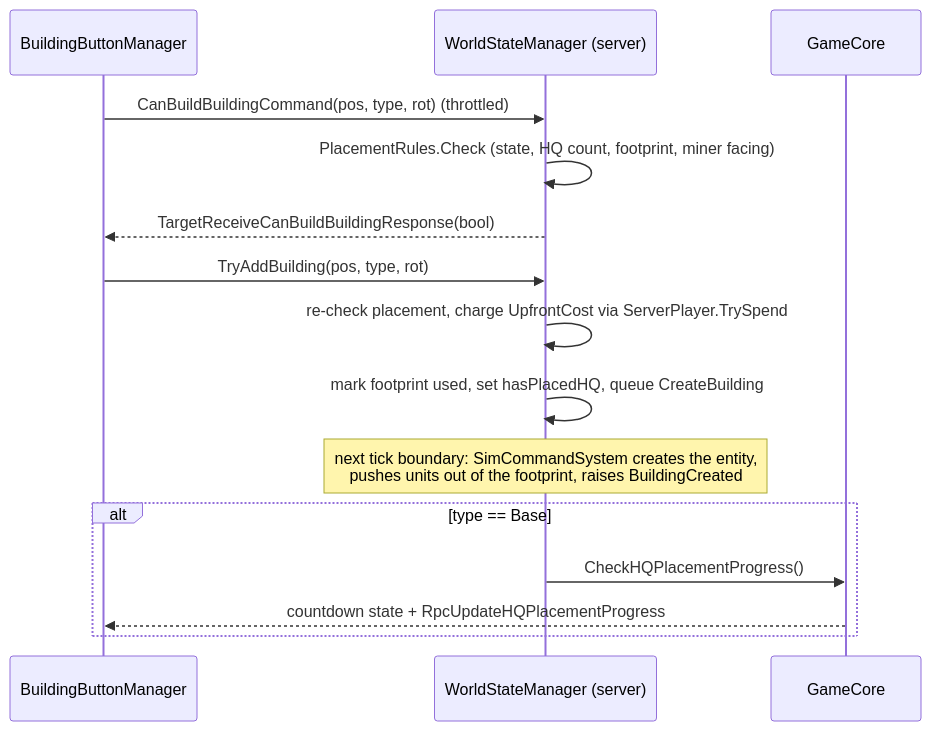
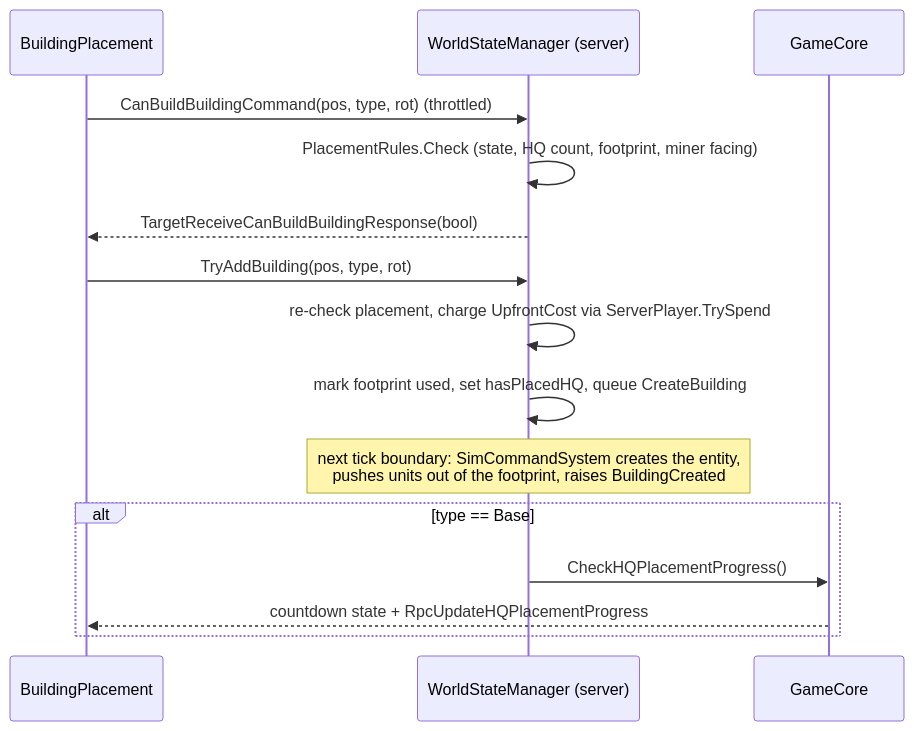
One commit to CoolCoder353/WAR-2D changed the fourth of 4 diagrams in docs/architecture.md. Above: the diagram before and after it, drawn with Mermaid. The commit also changed other lines of this file and 48 other files, not shown here.

````diff
--- a/docs/architecture.md
+++ b/docs/architecture.md
@@ -278,17 +281,17 @@
 ```mermaid
 sequenceDiagram
-    participant B as BuildingButtonManager
+    participant B as BuildingPlacement
     participant W as WorldStateManager (server)
     participant G as GameCore
     B->>W: CanBuildBuildingCommand(pos, type, rot) (throttled)
     W->>W: PlacementRules.Check (state, HQ count, footprint, miner facing)
     W-->>B: TargetReceiveCanBuildBuildingResponse(bool)
     B->>W: TryAddBuilding(pos, type, rot)
     W->>W: re-check placement, charge UpfrontCost via ServerPlayer.TrySpend
     W->>W: mark footprint used, set hasPlacedHQ, queue CreateBuilding
     Note over W: next tick boundary: SimCommandSystem creates the entity,<br/>pushes units out of the footprint, raises BuildingCreated
     alt type == Base
         W->>G: CheckHQPlacementProgress()
         G-->>B: countdown state + RpcUpdateHQPlacementProgress
     end
 ```
````
